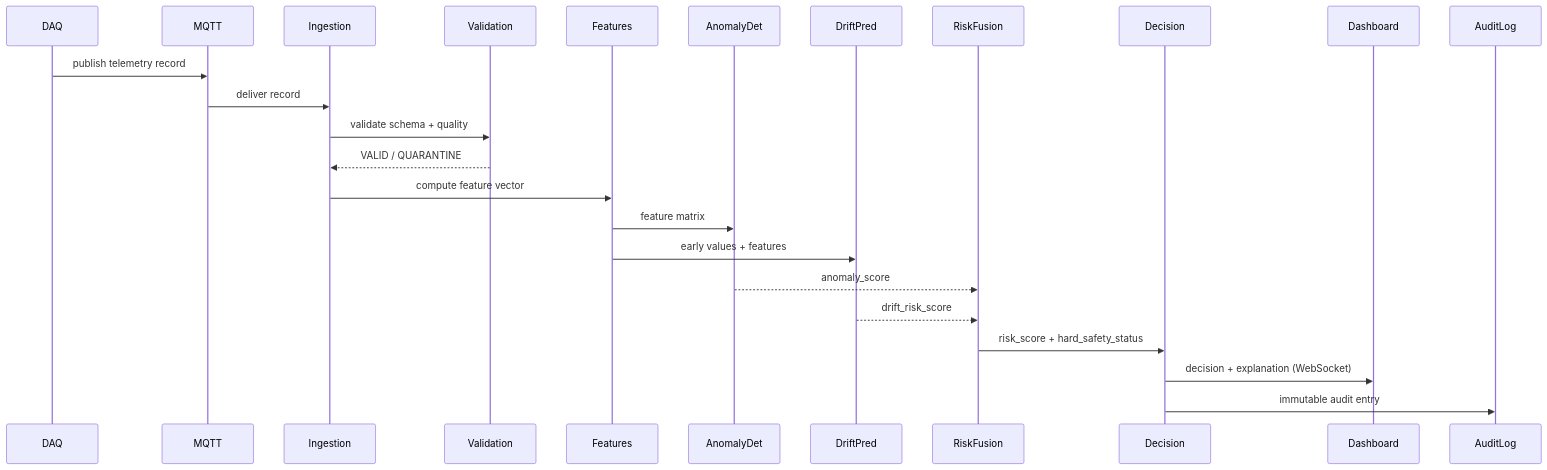
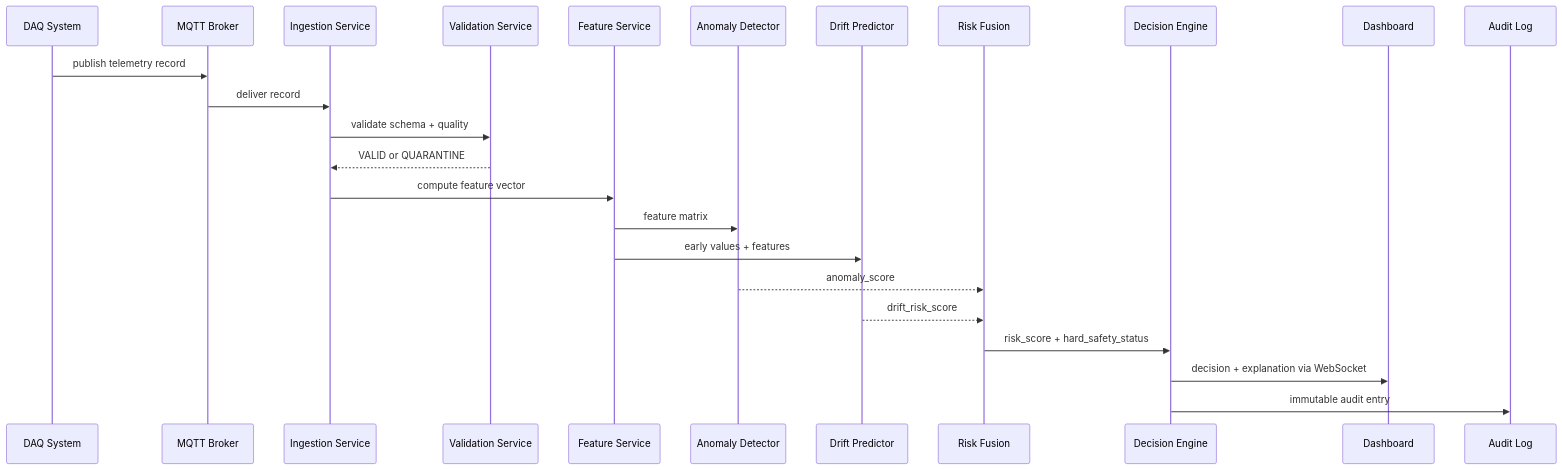
The third of 20 diagrams in DOCUMENTATION.md (ankushkumar14092-dot/sih_170), drawn with Mermaid before and after one commit. The commit also changed other lines of this file, not shown here.

Commit message:
Add 20 Mermaid architecture diagrams to DOCUMENTATION.md

````diff
--- a/DOCUMENTATION.md
+++ b/DOCUMENTATION.md
@@ -1940,26 +1986,27 @@
 ```mermaid
 sequenceDiagram
-    participant DAQ
-    participant MQTT
-    participant Ingestion
-    participant Validation
-    participant Features
-    participant AnomalyDet
-    participant DriftPred
-    participant RiskFusion
-    participant Decision
-    participant Dashboard
+    participant DAQ as DAQ System
+    participant MQTT as MQTT Broker
+    participant ING as Ingestion Service
+    participant VAL as Validation Service
+    participant FEA as Feature Service
+    participant MODA as Anomaly Detector
+    participant MODB as Drift Predictor
+    participant RF as Risk Fusion
+    participant DEC as Decision Engine
+    participant DASH as Dashboard
+    participant AUD as Audit Log
 
     DAQ->>MQTT: publish telemetry record
-    MQTT->>Ingestion: deliver record
-    Ingestion->>Validation: validate schema + quality
-    Validation-->>Ingestion: VALID / QUARANTINE
-    Ingestion->>Features: compute feature vector
-    Features->>AnomalyDet: feature matrix
-    Features->>DriftPred: early values + features
-    AnomalyDet-->>RiskFusion: anomaly_score
-    DriftPred-->>RiskFusion: drift_risk_score
-    RiskFusion->>Decision: risk_score + hard_safety_status
-    Decision->>Dashboard: decision + explanation (WebSocket)
-    Decision->>AuditLog: immutable audit entry
+    MQTT->>ING: deliver record
+    ING->>VAL: validate schema + quality
+    VAL-->>ING: VALID or QUARANTINE
+    ING->>FEA: compute feature vector
+    FEA->>MODA: feature matrix
+    FEA->>MODB: early values + features
+    MODA-->>RF: anomaly_score
+    MODB-->>RF: drift_risk_score
+    RF->>DEC: risk_score + hard_safety_status
+    DEC->>DASH: decision + explanation via WebSocket
+    DEC->>AUD: immutable audit entry
 ```
````
